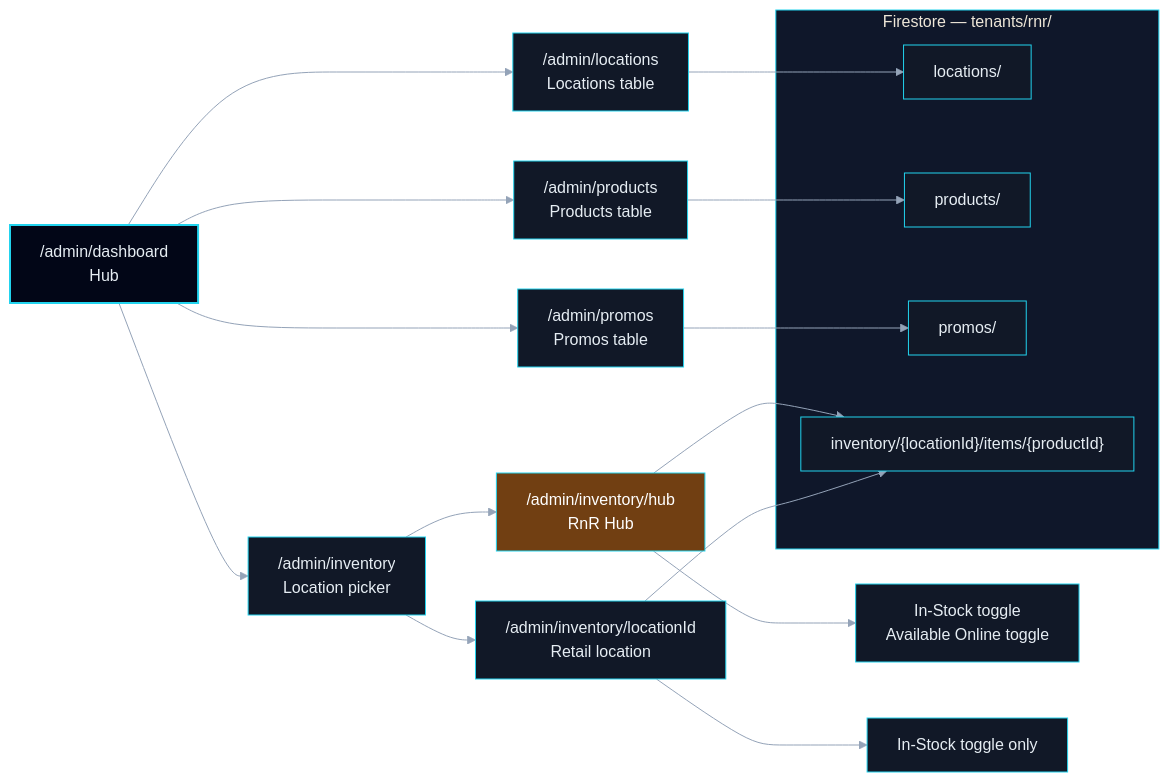
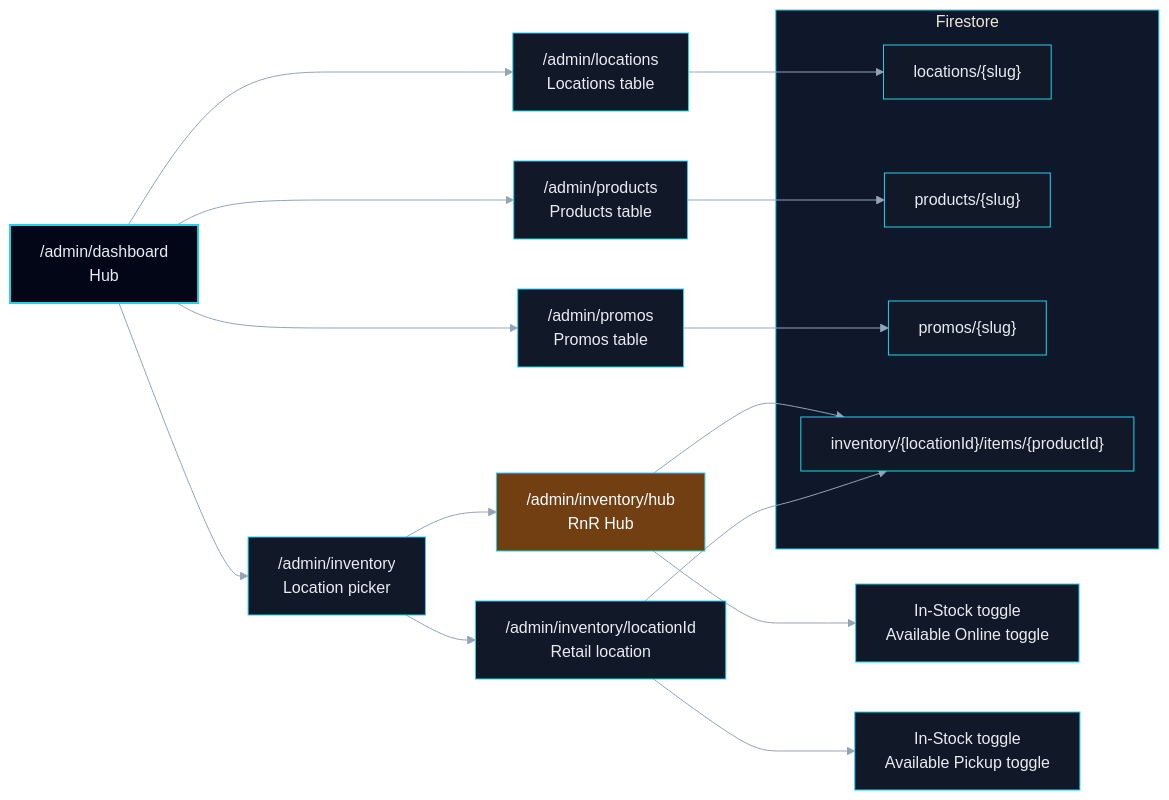
Before and after one commit to brewski-beers/rush-n-relax: the second of 2 diagrams in docs/engineering/admin.md, drawn with Mermaid. The commit also changed other lines of this file and 47 other files, not shown here.

````diff
--- a/docs/engineering/admin.md
+++ b/docs/engineering/admin.md
@@ -61,36 +61,36 @@
 ```mermaid
 %%{init: {'theme': 'base', 'themeVariables': {'background': '#0b0f17', 'primaryColor': '#111827', 'primaryTextColor': '#e6edf3', 'primaryBorderColor': '#22d3ee', 'lineColor': '#94a3b8', 'secondaryColor': '#0f172a', 'tertiaryColor': '#111827', 'clusterBkg': '#0f172a', 'clusterBorder': '#22d3ee', 'fontFamily': 'Avenir Next, Avenir, Segoe UI, sans-serif'}}}%%
 
 flowchart LR
 
     DASH["/admin/dashboard\nHub"]:::title
 
     DASH --> LOC["/admin/locations\nLocations table"]
     DASH --> PROD["/admin/products\nProducts table"]
     DASH --> PROMO["/admin/promos\nPromos table"]
     DASH --> INV["/admin/inventory\nLocation picker"]
 
     INV --> HUB["/admin/inventory/hub\nRnR Hub"]:::active
     INV --> RETAIL["/admin/inventory/locationId\nRetail location"]
 
     HUB --> HUB_COLS["In-Stock toggle\nAvailable Online toggle"]
-    RETAIL --> RETAIL_COLS["In-Stock toggle only"]
+    RETAIL --> RETAIL_COLS["In-Stock toggle\nAvailable Pickup toggle"]
 
-    subgraph FS["Firestore — tenants/rnr/"]
-        FS_LOC["locations/"]
-        FS_PROD["products/"]
-        FS_PROMO["promos/"]
+    subgraph FS["Firestore"]
+        FS_LOC["locations/{slug}"]
+        FS_PROD["products/{slug}"]
+        FS_PROMO["promos/{slug}"]
         FS_INV["inventory/{locationId}/items/{productId}"]
     end
 
     LOC --> FS_LOC
     PROD --> FS_PROD
     PROMO --> FS_PROMO
     HUB --> FS_INV
     RETAIL --> FS_INV
 
     classDef title    fill:#020617,color:#e6edf3,stroke:#22d3ee,stroke-width:2px;
     classDef complete fill:#166534,color:#fff;
     classDef active   fill:#713f12,color:#fff;
     classDef pending  fill:#1e3a5f,color:#ccc;
 ```
````
